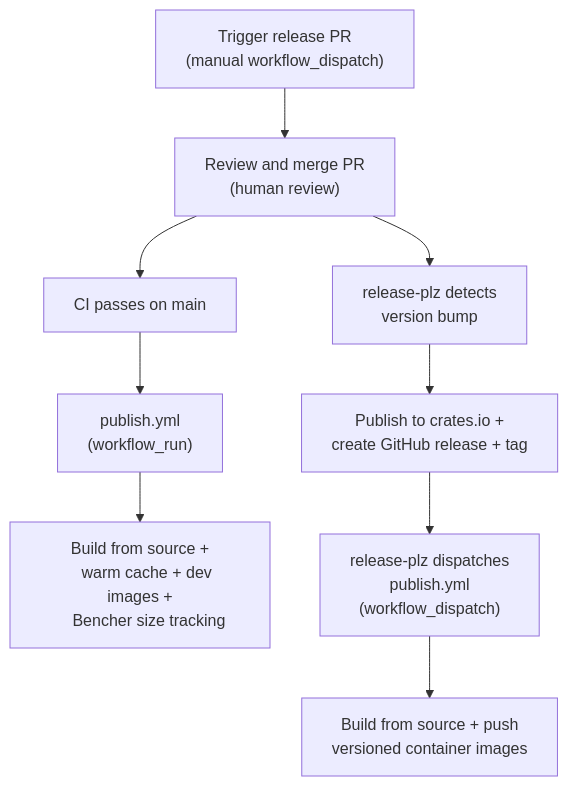
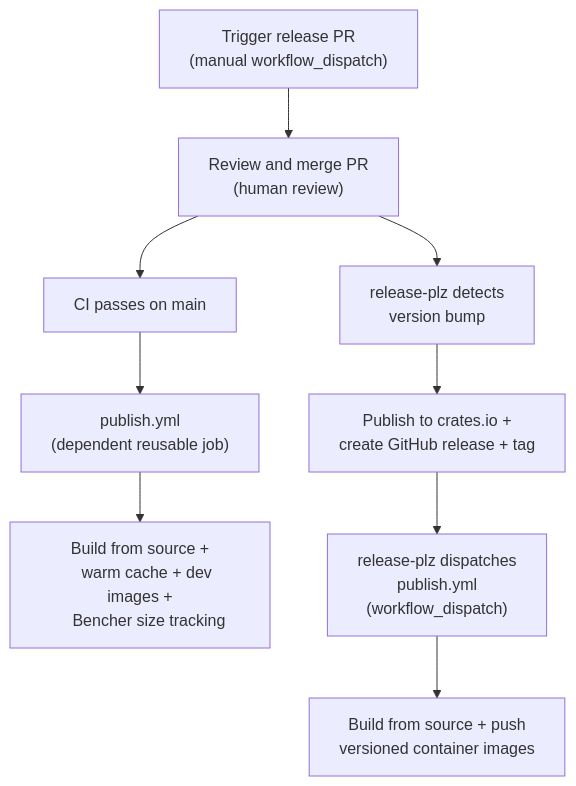
The diagram in docs/src/internal/ci.md (arcuru/eidetica), drawn with Mermaid before and after one commit. The commit also changed other lines of this file and 6 other files, not shown here.

````diff
--- a/docs/src/internal/ci.md
+++ b/docs/src/internal/ci.md
@@ -226,21 +226,21 @@
 ```mermaid
 flowchart TD
     A["Trigger release PR
     (manual workflow_dispatch)"] --> B["Review and merge PR
     (human review)"]
     B --> C["CI passes on main"]
     B --> D["release-plz detects
     version bump"]
     C --> E["publish.yml
-    (workflow_run)"]
+    (dependent reusable job)"]
     E --> F["Build from source +
     warm cache + dev images +
     Bencher size tracking"]
     D --> G["Publish to crates.io +
     create GitHub release + tag"]
     G --> H["release-plz dispatches
     publish.yml
     (workflow_dispatch)"]
     H --> I["Build from source + push
     versioned container images"]
 ```
````
